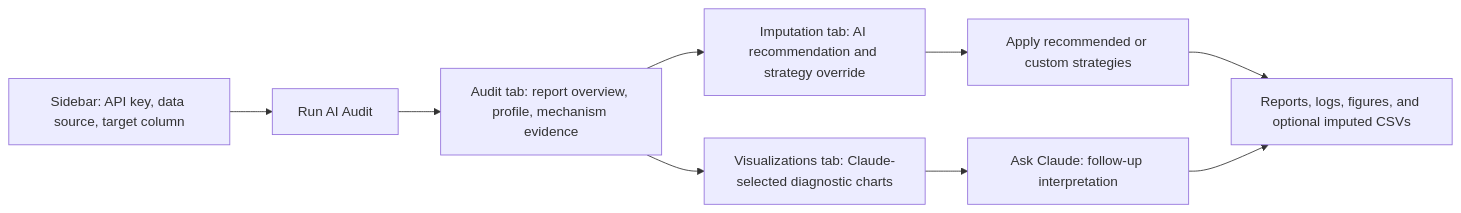
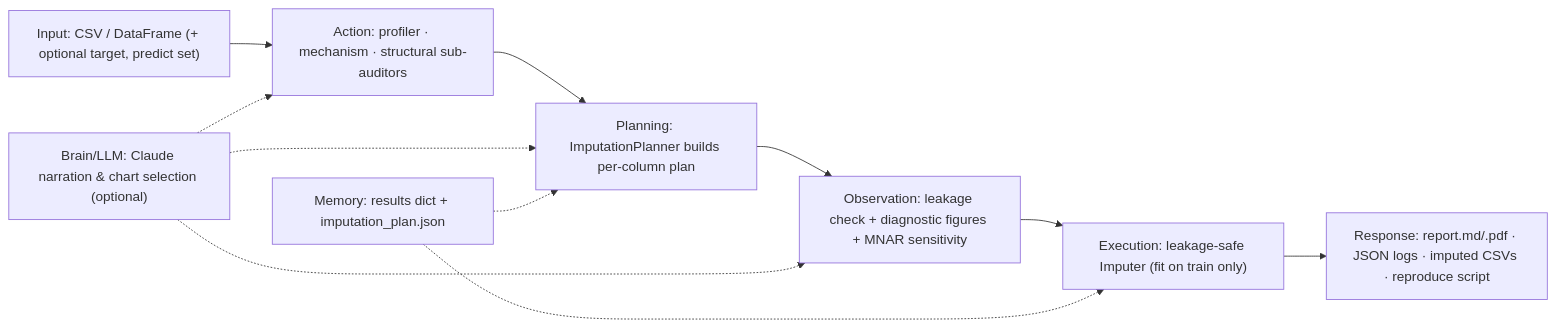
One commit to yuqicVicky/BIG_S2_A_awardC changed the diagram in README.md. Above: the diagram before and after it, drawn with Mermaid. The commit also changed other lines of this file, not shown here.

Commit message:
docs: align README architecture with agent-component schema
The README had its own "Agent Design and Architecture" section (separate
from AWARD_C_POST.md) still describing Streamlit UI tabs. Rewrite it to the
template's agent-component model (Brain/LLM, Memory, Planning, Action,
Execution, Observation, Response) and replace the UI-flow mermaid diagram
with the actual audit pipeline.

````diff
--- a/README.md
+++ b/README.md
@@ -105,11 +107,13 @@
 ```mermaid
 flowchart LR
-    A["Sidebar: API key, data source, target column"] --> B["Run AI Audit"]
-    B --> C["Audit tab: report overview, profile, mechanism evidence"]
-    C --> D["Imputation tab: AI recommendation and strategy override"]
-    C --> E["Visualizations tab: Claude-selected diagnostic charts"]
-    D --> F["Apply recommended or custom strategies"]
-    E --> G["Ask Claude: follow-up interpretation"]
-    F --> H["Reports, logs, figures, and optional imputed CSVs"]
-    G --> H
+    A["Input: CSV / DataFrame (+ optional target, predict set)"] --> B["Action: profiler · mechanism · structural sub-auditors"]
+    B --> C["Planning: ImputationPlanner builds per-column plan"]
+    C --> D["Observation: leakage check + diagnostic figures + MNAR sensitivity"]
+    D --> E["Execution: leakage-safe Imputer (fit on train only)"]
+    E --> F["Response: report.md/.pdf · JSON logs · imputed CSVs · reproduce script"]
+    G["Brain/LLM: Claude narration & chart selection (optional)"] -.-> B
+    G -.-> C
+    G -.-> D
+    H["Memory: results dict + imputation_plan.json"] -.-> C
+    H -.-> E
 ```
````
